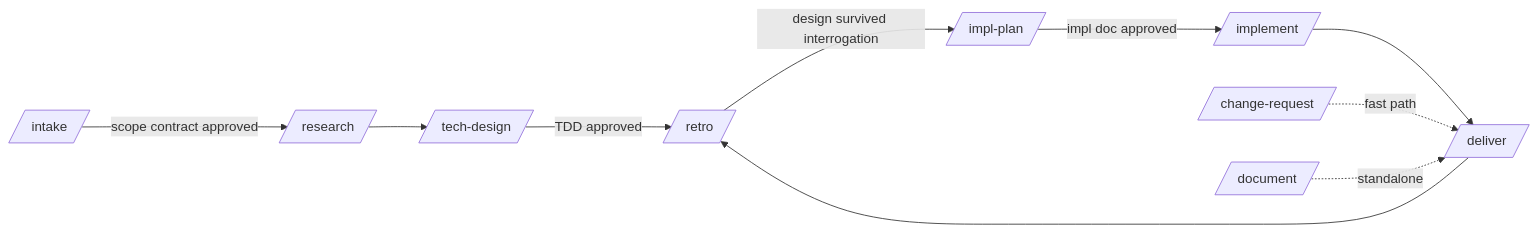
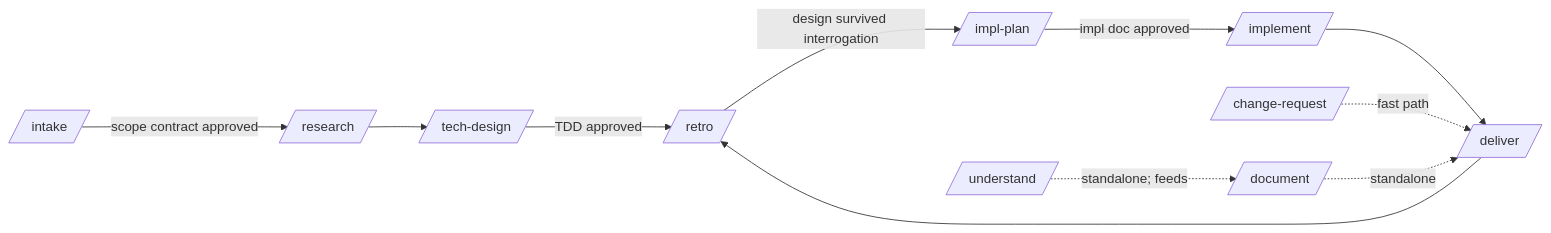
One commit to Loneranger001/software_engineer_stack changed the diagram in README.md. Above: the diagram before and after it, drawn with Mermaid. The commit also changed other lines of this file and 21 other files, not shown here.

````diff
--- a/README.md
+++ b/README.md
@@ -7,13 +7,14 @@
 ```mermaid
 flowchart LR
     A[/intake/] -->|scope contract approved| B[/research/]
     B --> C[/tech-design/]
     C -->|TDD approved| G[/grill/]
     G -->|design survived interrogation| D[/impl-plan/]
     D -->|impl doc approved| E[/implement/]
     E --> F[/deliver/]
     F --> G[/retro/]
 
     CR[/change-request/] -.fast path.-> F
     DOC[/document/] -.standalone.-> F
+    UND[/understand/] -.standalone; feeds.-> DOC
 ```
````
